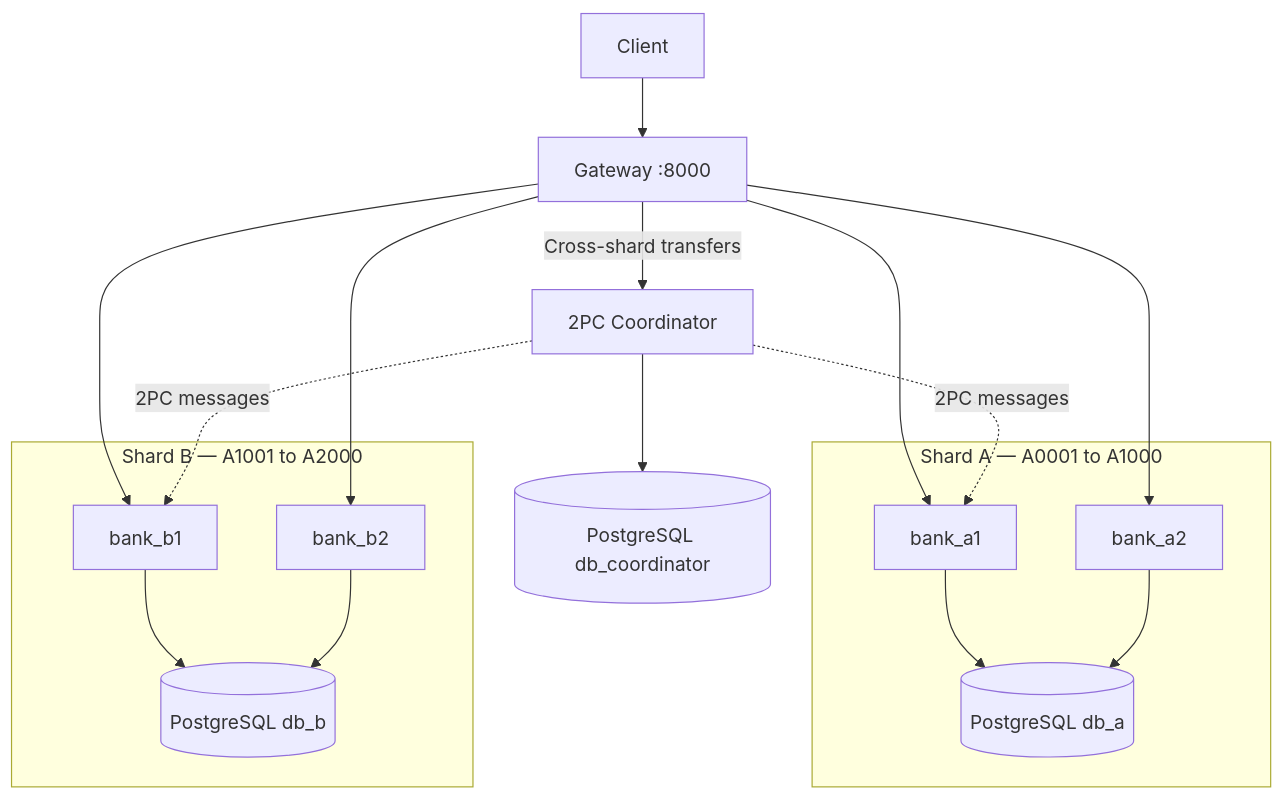
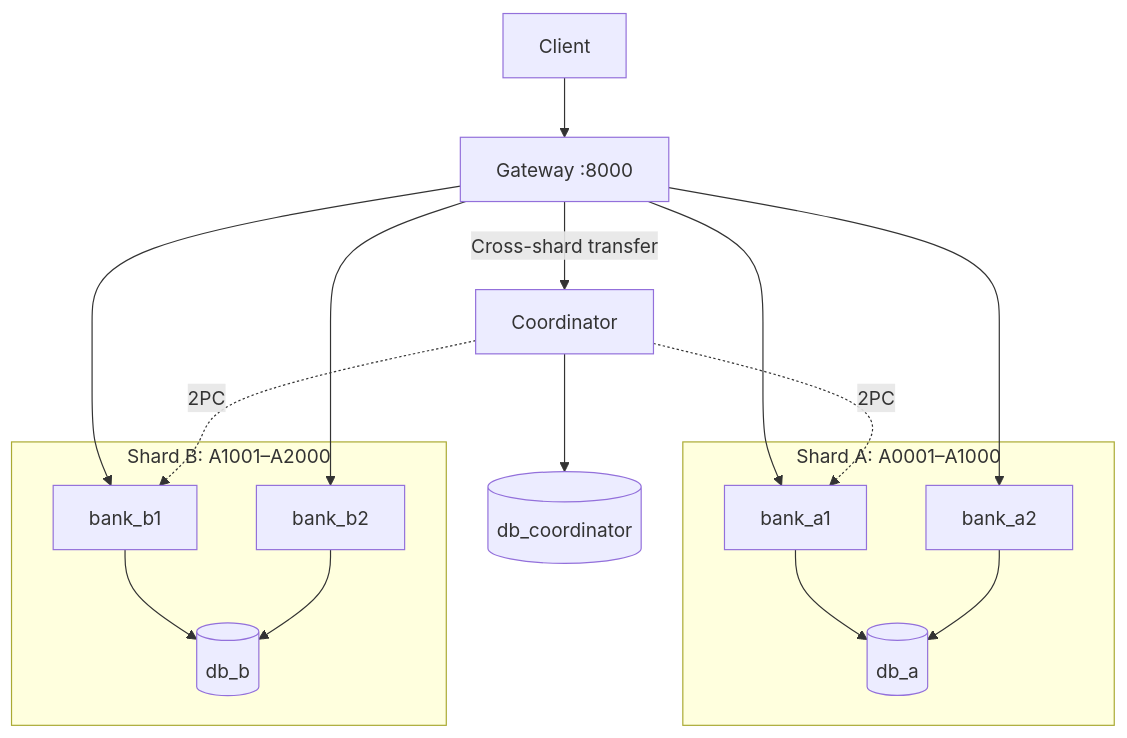
The first of 2 diagrams in README.md (AriyanShokrizadeh/distributed-banking-platform), drawn with Mermaid before and after one commit. The commit also changed other lines of this file, not shown here.

````diff
--- a/README.md
+++ b/README.md
@@ -7,20 +7,20 @@
 ```mermaid
 flowchart TB
-    C["Client"] --> G["Gateway :8000"]
-    subgraph A["Shard A — A0001 to A1000"]
-        A1["bank_a1"] --> DA[("PostgreSQL db_a")]
-        A2["bank_a2"] --> DA
+    Client --> Gateway["Gateway :8000"]
+    subgraph A["Shard A: A0001–A1000"]
+        A1["bank_a1"] --> DBA[(db_a)]
+        A2["bank_a2"] --> DBA
     end
-    subgraph B["Shard B — A1001 to A2000"]
-        B1["bank_b1"] --> DB[("PostgreSQL db_b")]
-        B2["bank_b2"] --> DB
+    subgraph B["Shard B: A1001–A2000"]
+        B1["bank_b1"] --> DBB[(db_b)]
+        B2["bank_b2"] --> DBB
     end
-    G --> A1
-    G --> A2
-    G --> B1
-    G --> B2
-    G -->|Cross-shard transfers| CO["2PC Coordinator"]
-    CO --> DC[("PostgreSQL db_coordinator")]
-    CO -.->|2PC messages| A1
-    CO -.->|2PC messages| B1
+    Gateway --> A1
+    Gateway --> A2
+    Gateway --> B1
+    Gateway --> B2
+    Gateway -->|Cross-shard transfer| Coordinator
+    Coordinator --> DBC[(db_coordinator)]
+    Coordinator -.->|2PC| A1
+    Coordinator -.->|2PC| B1
 ```
````
